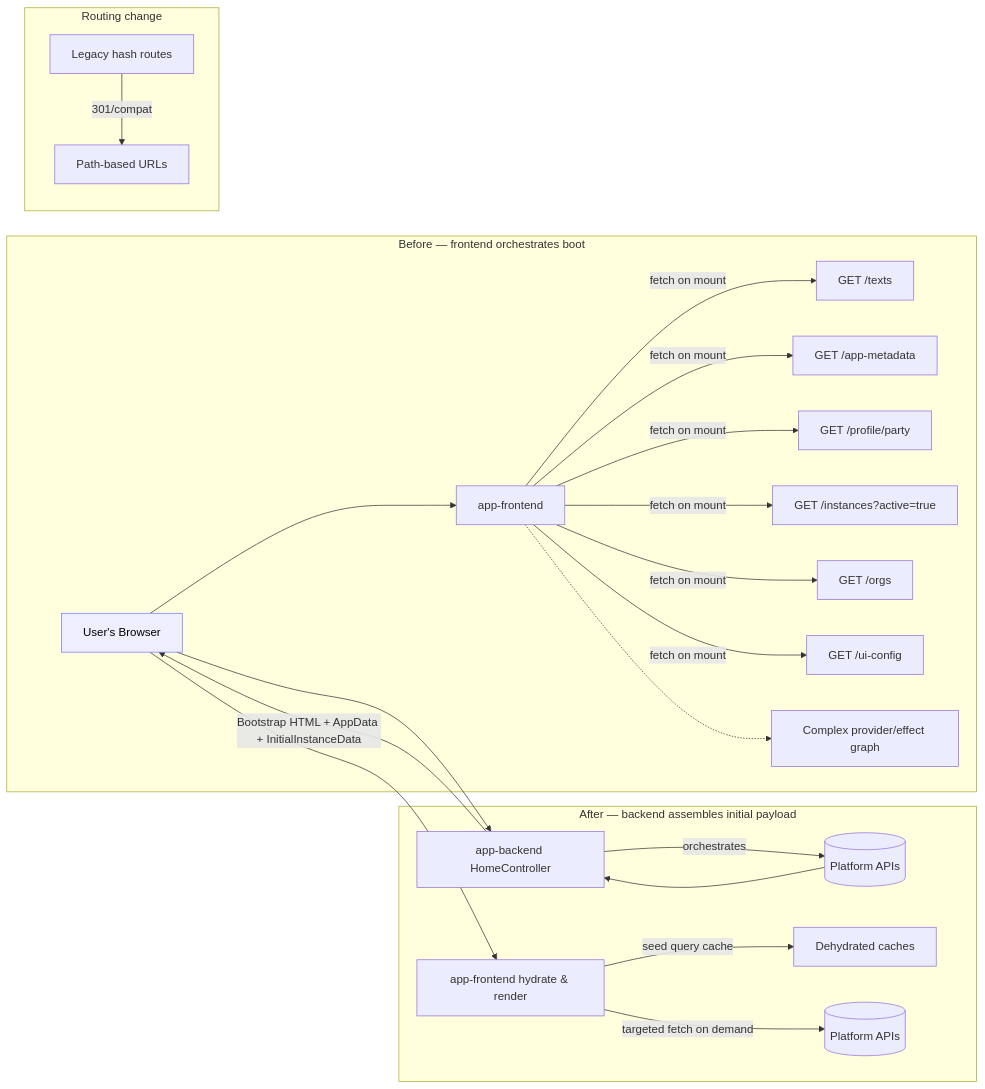
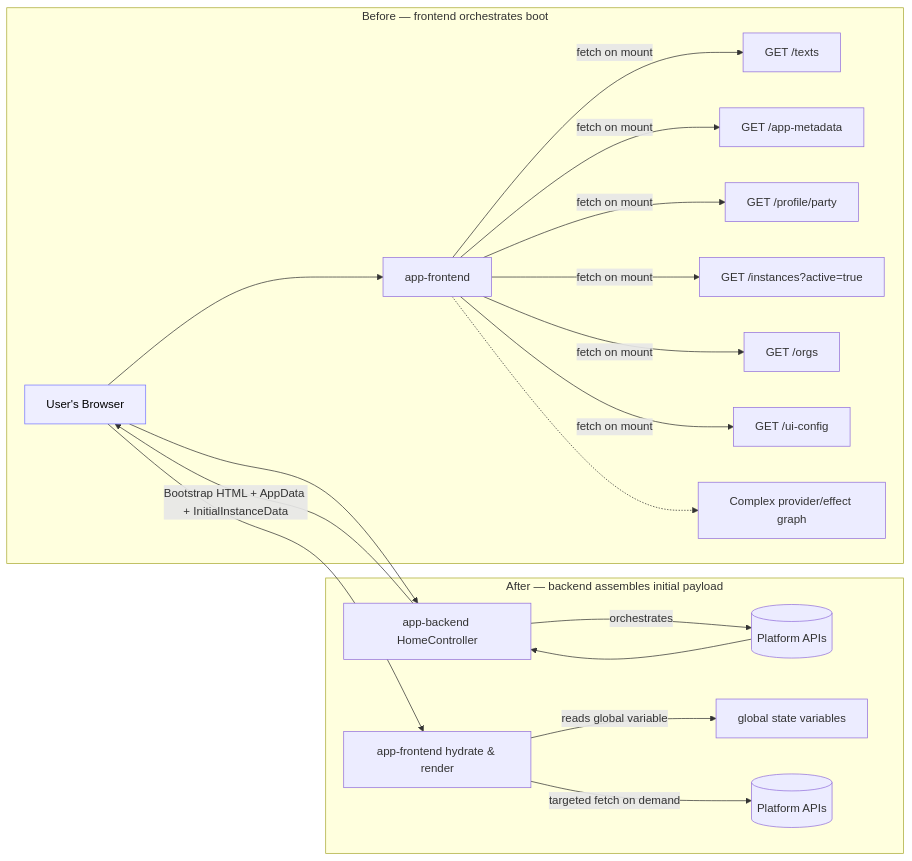
Before and after one commit to Altinn/app-frontend-react: the diagram in adr/002-backend-data-initialization.md, drawn with Mermaid. The commit also changed other lines of this file, not shown here.

````diff
--- a/adr/002-backend-data-initialization.md
+++ b/adr/002-backend-data-initialization.md
@@ -35,31 +35,27 @@
 ```mermaid
 graph LR
 A[User's Browser]:::actor
 
 subgraph S1["Before — frontend orchestrates boot"]
 A --> FFE[app-frontend]
 FFE -->|fetch on mount| Q1[GET /texts]
 FFE -->|fetch on mount| Q2[GET /app-metadata]
 FFE -->|fetch on mount| Q3[GET /profile/party]
 FFE -->|fetch on mount| Q4[GET /instances?active=true]
 FFE -->|fetch on mount| Q5[GET /orgs]
 FFE -->|fetch on mount| Q6[GET /ui-config]
 FFE -.-> FX[Complex provider/effect graph]
 end
 
 subgraph S2["After — backend assembles initial payload"]
 A --> BE[app-backend HomeController]
 BE -->|orchestrates| P1[(Platform APIs)]
 P1 --> BE
 BE -->|Bootstrap HTML + AppData + InitialInstanceData| A
 A --> FFE2[app-frontend hydrate & render]
-FFE2 -->|seed query cache| QC[Dehydrated caches]
+FFE2 -->|reads global variable| QC[global state variables]
 FFE2 -->|targeted fetch on demand| P2[(Platform APIs)]
-end
-
-subgraph R["Routing change"]
-H1[Legacy hash routes] -->|301/compat| PATH[Path-based URLs]
 end
 
 classDef actor fill:#eef,stroke:#77f,color:#000
 ```
````
